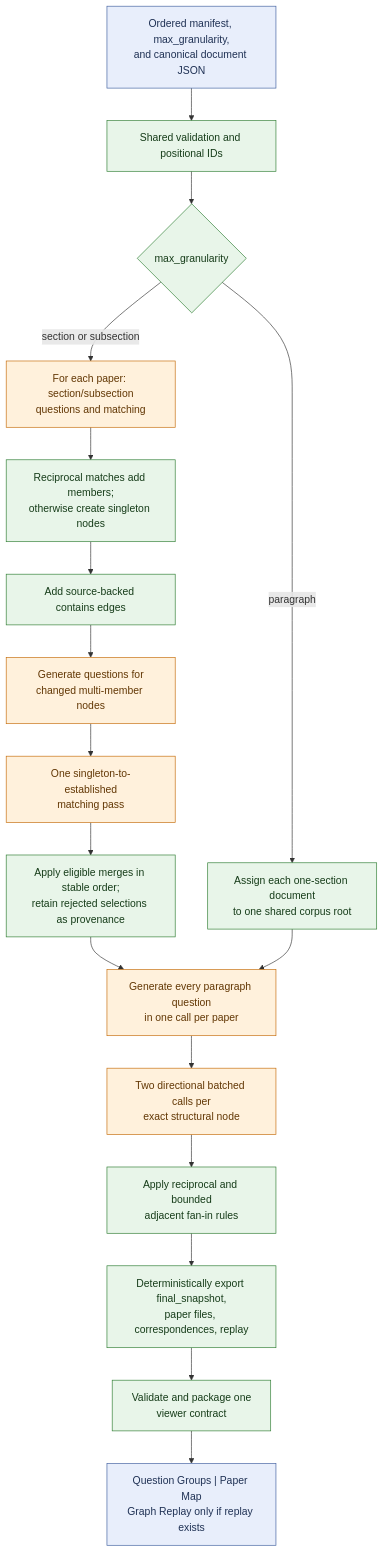
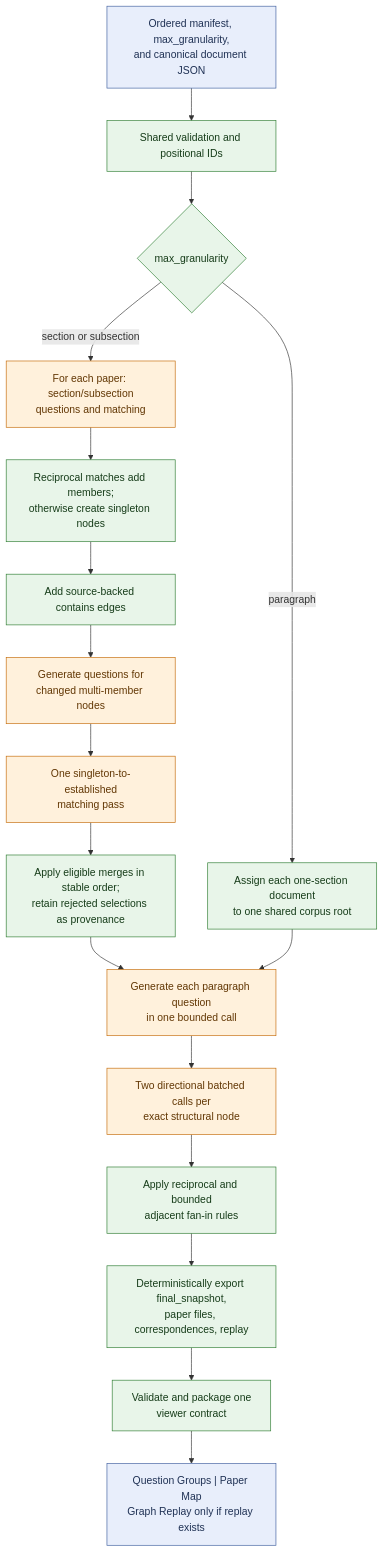
One commit to GraceGSy/SME-prototype changed the second of 2 diagrams in PIPELINE_FLOW.md. Above: the diagram before and after it, drawn with Mermaid. The commit also changed other lines of this file and 20 other files, not shown here.

Commit message:
Generate questions one unit per call

````diff
--- a/PIPELINE_FLOW.md
+++ b/PIPELINE_FLOW.md
@@ -55,28 +55,28 @@
 ```mermaid
 flowchart TD
     Manifest["Ordered manifest, max_granularity,<br/>and canonical document JSON"]:::artifact
     Load["Shared validation and positional IDs"]:::det
     Mode{"max_granularity"}:::det
     Structural["For each paper: section/subsection<br/>questions and matching"]:::llm
     Reconcile["Reciprocal matches add members;<br/>otherwise create singleton nodes"]:::det
     Contains["Add source-backed contains edges"]:::det
     NodeQuestions["Generate questions for<br/>changed multi-member nodes"]:::llm
     Rerepresent["One singleton-to-established<br/>matching pass"]:::llm
     Merge["Apply eligible merges in stable order;<br/>retain rejected selections as provenance"]:::det
     SharedRoot["Assign each one-section document<br/>to one shared corpus root"]:::det
-    ParagraphQuestions["Generate every paragraph question<br/>in one call per paper"]:::llm
+    ParagraphQuestions["Generate each paragraph question<br/>in one bounded call"]:::llm
     Paragraphs["Two directional batched calls per<br/>exact structural node"]:::llm
     ParagraphRules["Apply reciprocal and bounded<br/>adjacent fan-in rules"]:::det
     Export["Deterministically export final_snapshot,<br/>paper files, correspondences, replay"]:::det
     Package["Validate and package one<br/>viewer contract"]:::det
     UI["Question Groups | Paper Map<br/>Graph Replay only if replay exists"]:::artifact
 
     Manifest --> Load --> Mode
     Mode -->|section or subsection| Structural --> Reconcile --> Contains --> NodeQuestions
     NodeQuestions --> Rerepresent --> Merge --> ParagraphQuestions
     Mode -->|paragraph| SharedRoot --> ParagraphQuestions
     ParagraphQuestions --> Paragraphs --> ParagraphRules --> Export --> Package --> UI
     classDef det fill:#e8f5e9,stroke:#2e7d32,color:#163c19;
     classDef llm fill:#fff1dc,stroke:#c46b08,color:#623704;
     classDef artifact fill:#e8eefb,stroke:#3f5f9f,color:#1f3154;
 ```
````
